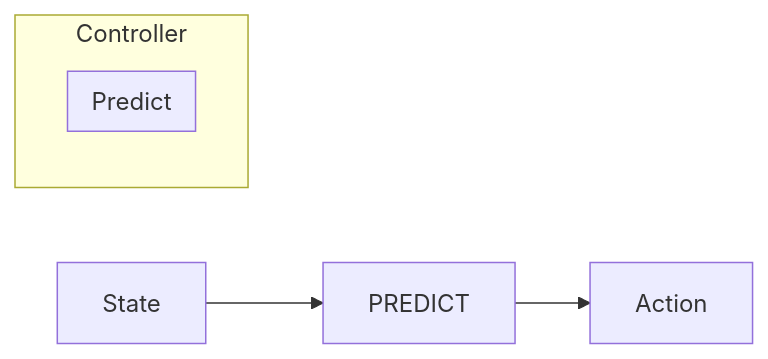
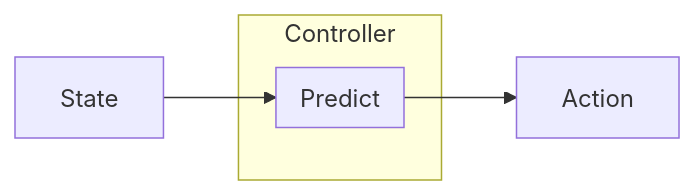
The third of 3 diagrams in README.md (TW-Robotics/SAMYControl), drawn with Mermaid before and after one commit.

````diff
--- a/README.md
+++ b/README.md
@@ -37,8 +37,8 @@
 ```mermaid
 flowchart LR
   subgraph Controller
       subgraph Predict
       end
   end
-  State --> PREDICT --> Action
+  State --> Predict --> Action
 ```
````
